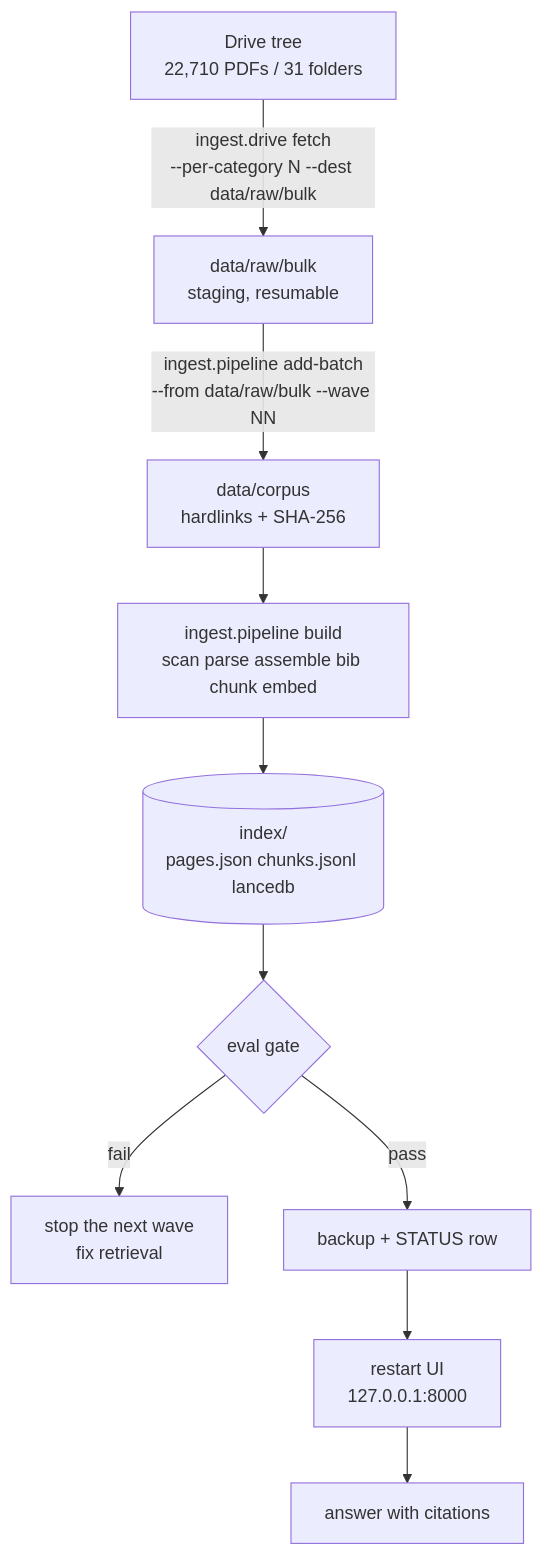
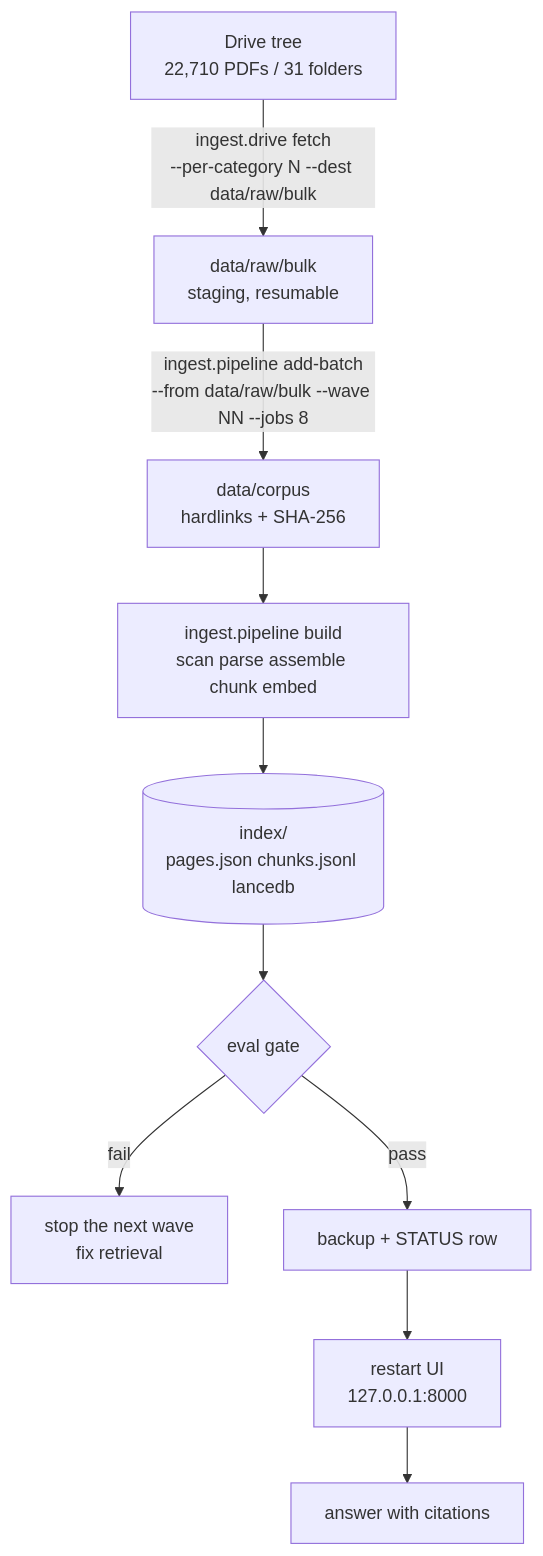
Before and after one commit to Sagarshrestha2301/rag-project: the diagram in reports/20k-download-and-rag-guide.md, drawn with Mermaid. The commit also changed other lines of this file and 6 other files, not shown here.

````diff
--- a/reports/20k-download-and-rag-guide.md
+++ b/reports/20k-download-and-rag-guide.md
@@ -77,12 +76,12 @@
 ```mermaid
 flowchart TD
   A[Drive tree<br/>22,710 PDFs / 31 folders] -->|ingest.drive fetch<br/>--per-category N --dest data/raw/bulk| B[data/raw/bulk<br/>staging, resumable]
-  B -->|ingest.pipeline add-batch<br/>--from data/raw/bulk --wave NN| C[data/corpus<br/>hardlinks + SHA-256]
-  C --> D[ingest.pipeline build<br/>scan parse assemble bib chunk embed]
+  B -->|ingest.pipeline add-batch<br/>--from data/raw/bulk --wave NN --jobs 8| C[data/corpus<br/>hardlinks + SHA-256]
+  C --> D[ingest.pipeline build<br/>scan parse assemble chunk embed]
   D --> E[(index/<br/>pages.json chunks.jsonl lancedb)]
   E --> F{eval gate}
   F -->|fail| G[stop the next wave<br/>fix retrieval]
   F -->|pass| H[backup + STATUS row]
   H --> I[restart UI<br/>127.0.0.1:8000]
   I --> J[answer with citations]
 ```
````
